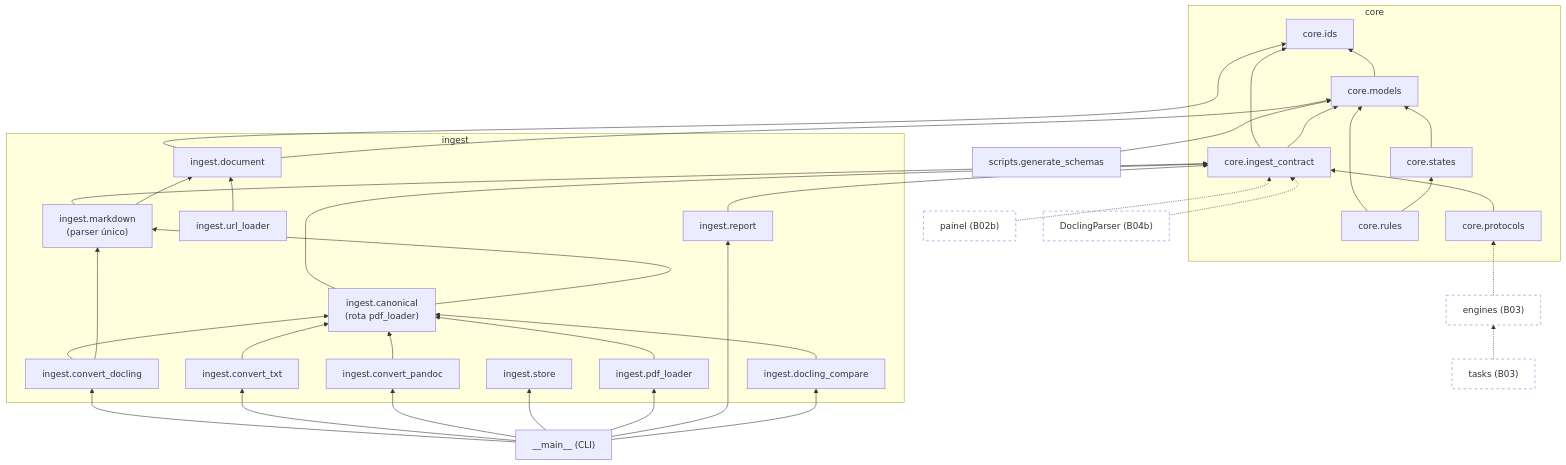
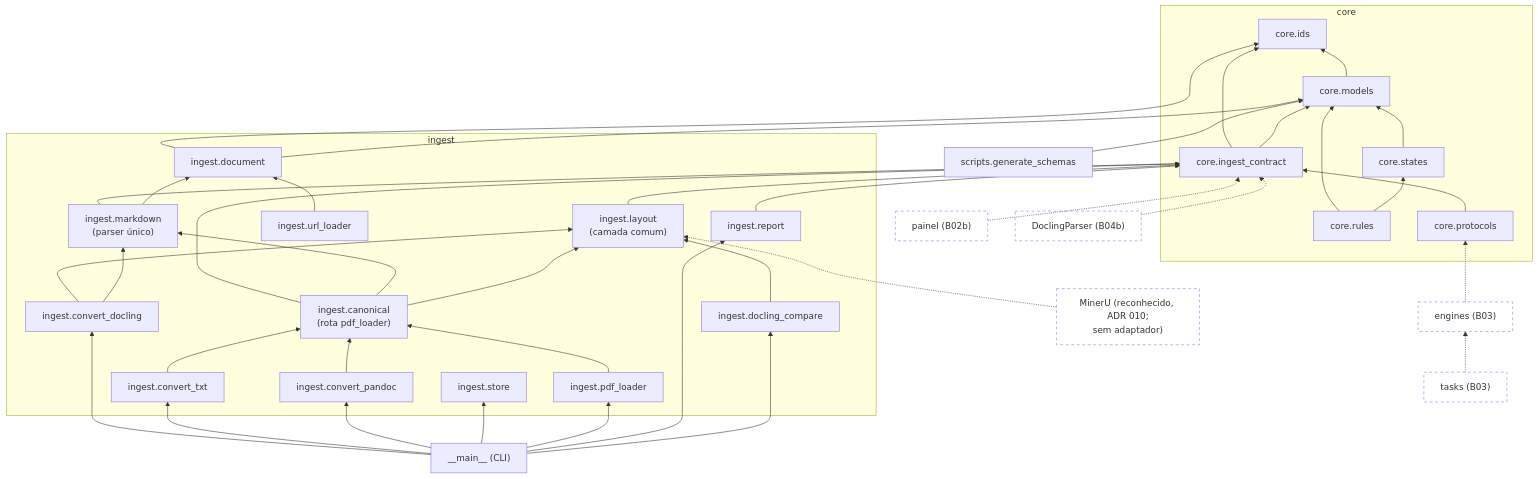
The diagram in docs/architecture.md (lld-git/map-relations), drawn with Mermaid before and after one commit. The commit also changed other lines of this file and 25 other files, not shown here.

````diff
--- a/docs/architecture.md
+++ b/docs/architecture.md
@@ -76,67 +77,73 @@
 ```mermaid
 flowchart BT
     subgraph core
         ids["core.ids"]
         models["core.models"]
         contract["core.ingest_contract"]
         states["core.states"]
         rules["core.rules"]
         protocols["core.protocols"]
     end
     subgraph ingest
         document["ingest.document"]
         md["ingest.markdown<br/>(parser único)"]
+        layout["ingest.layout<br/>(camada comum)"]
         canonical["ingest.canonical<br/>(rota pdf_loader)"]
         convdocling["ingest.convert_docling"]
         convtxt["ingest.convert_txt"]
         convpandoc["ingest.convert_pandoc"]
         storemod["ingest.store"]
         pdf["ingest.pdf_loader"]
         url["ingest.url_loader"]
         reportmod["ingest.report"]
         dcompare["ingest.docling_compare"]
     end
     cli["__main__ (CLI)"]
     schemas["scripts.generate_schemas"]
 
     models --> ids
     contract --> ids
     contract --> models
     states --> models
     rules --> models
     rules --> states
     protocols --> contract
     document --> ids
     document --> models
     md --> contract
     md --> document
+    layout --> contract
     canonical --> contract
     canonical --> md
-    convdocling --> canonical
+    canonical --> layout
+    convdocling --> layout
     convdocling --> md
     convtxt --> canonical
     convpandoc --> canonical
     pdf --> canonical
     url --> document
     reportmod --> contract
-    dcompare --> canonical
+    dcompare --> layout
     cli --> convdocling
     cli --> convtxt
     cli --> convpandoc
     cli --> storemod
     cli --> pdf
     cli --> reportmod
     cli --> dcompare
     schemas --> models
+
+    mineru["MinerU (reconhecido, ADR 010;<br/>sem adaptador)"]:::planned
+    mineru -.-> layout
 
     engines["engines (B03)"]:::planned
     tasks["tasks (B03)"]:::planned
     painel["painel (B02b)"]:::planned
     docling["DoclingParser (B04b)"]:::planned
     engines -.-> protocols
     tasks -.-> engines
     painel -.-> contract
     docling -.-> contract
 
     classDef planned stroke-dasharray: 5 5,fill:none
 ```
````
